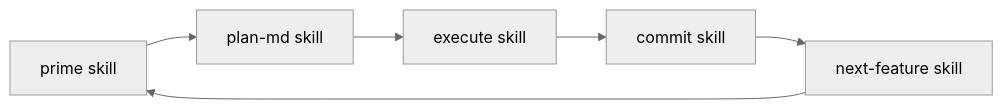
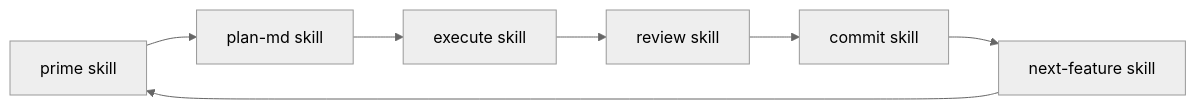
The diagram in docs/STRUCTURE.md (masta-g3/rules), drawn with Mermaid (neutral theme) before and after one commit. The commit also changed other lines of this file and 12 other files, not shown here.

First line of the commit message:
Refine workflow skills around task priming and pre-commit review.

````diff
--- a/docs/STRUCTURE.md
+++ b/docs/STRUCTURE.md
@@ -54,8 +55,9 @@
 ```mermaid
 graph LR
     prime["prime skill"] --> plan["plan-md skill"]
     plan --> execute["execute skill"]
-    execute --> commit["commit skill"]
+    execute --> review["review skill"]
+    review --> commit["commit skill"]
     commit --> next["next-feature skill"]
     next --> prime
 ```
````
